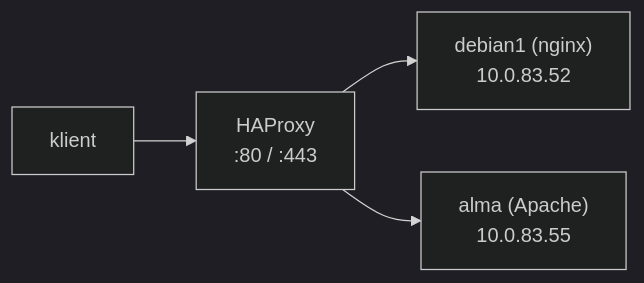
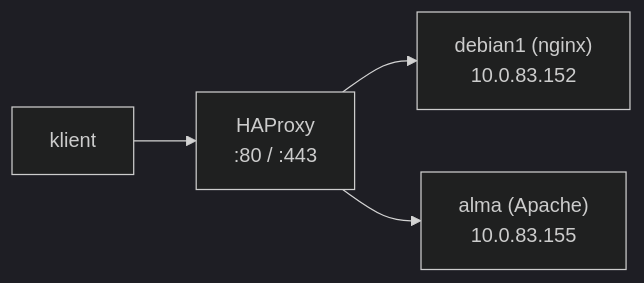
The second of 3 diagrams in docs/moodul-15-veebiserverid/index.md (rainkoor/linux-kursus), drawn with Mermaid (dark theme) before and after one commit. The commit also changed other lines of this file and 57 other files, not shown here.

````diff
--- a/docs/moodul-15-veebiserverid/index.md
+++ b/docs/moodul-15-veebiserverid/index.md
@@ -484,6 +484,6 @@
 ```mermaid
 flowchart LR
     K["klient"] --> H["HAProxy<br>:80 / :443"]
-    H --> D["debian1 (nginx)<br>10.0.83.52"]
-    H --> A["alma (Apache)<br>10.0.83.55"]
+    H --> D["debian1 (nginx)<br>10.0.83.152"]
+    H --> A["alma (Apache)<br>10.0.83.155"]
 ```
````
